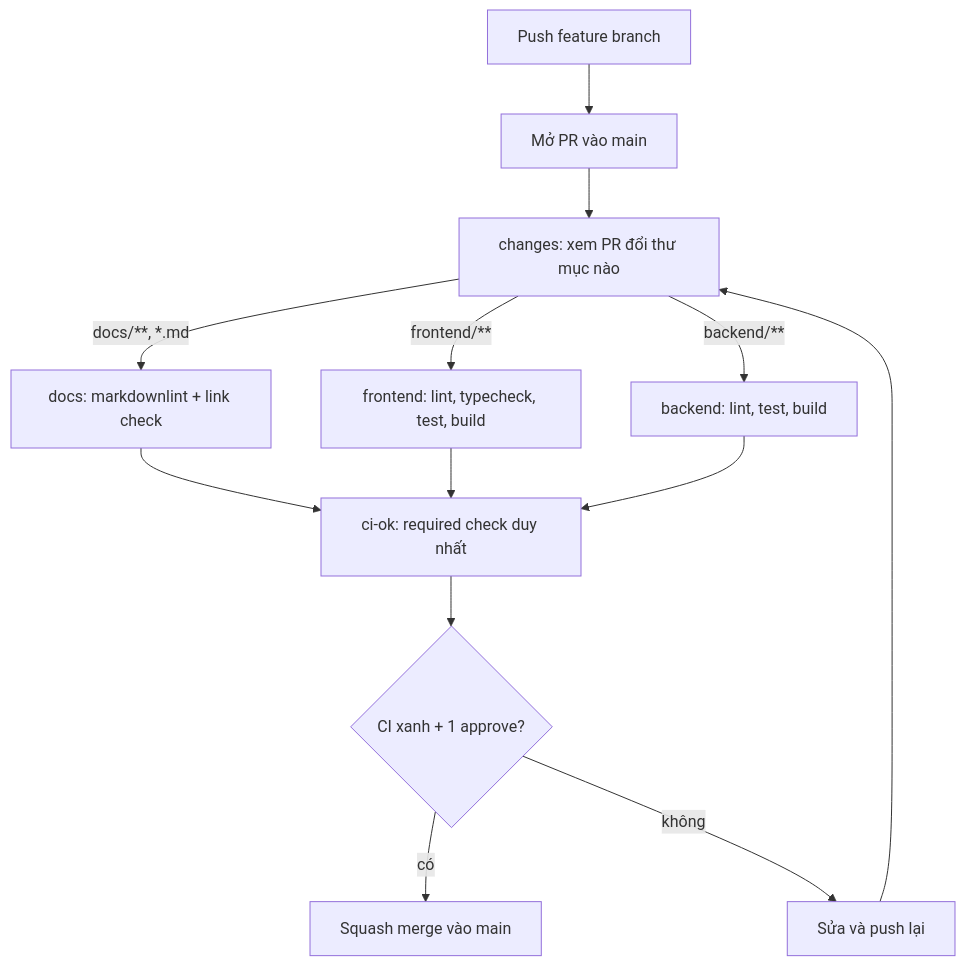
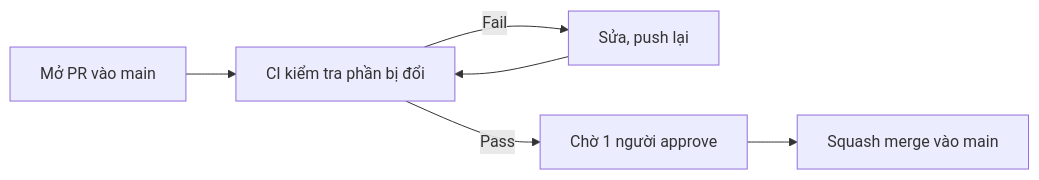
The diagram in docs/design/ci-cd.md (Verzol/vcraft), drawn with Mermaid before and after one commit. The commit also changed other lines of this file, not shown here.

````diff
--- a/docs/design/ci-cd.md
+++ b/docs/design/ci-cd.md
@@ -16,15 +9,8 @@
 ```mermaid
-flowchart TD
-    dev[Push feature branch] --> pr[Mở PR vào main]
-    pr --> ch[changes: xem PR đổi thư mục nào]
-    ch -->|docs/**, *.md| docs[docs: markdownlint + link check]
-    ch -->|frontend/**| fe[frontend: lint, typecheck, test, build]
-    ch -->|backend/**| be[backend: lint, test, build]
-    docs --> gate[ci-ok: required check duy nhất]
-    fe --> gate
-    be --> gate
-    gate --> ok{CI xanh + 1 approve?}
-    ok -->|có| merge[Squash merge vào main]
-    ok -->|không| fix[Sửa và push lại]
-    fix --> ch
+flowchart LR
+    pr[Mở PR vào main] --> ci[CI kiểm tra phần bị đổi]
+    ci -->|Fail| fix[Sửa, push lại]
+    fix --> ci
+    ci -->|Pass| review[Chờ 1 người approve]
+    review --> merge[Squash merge vào main]
 ```
````
